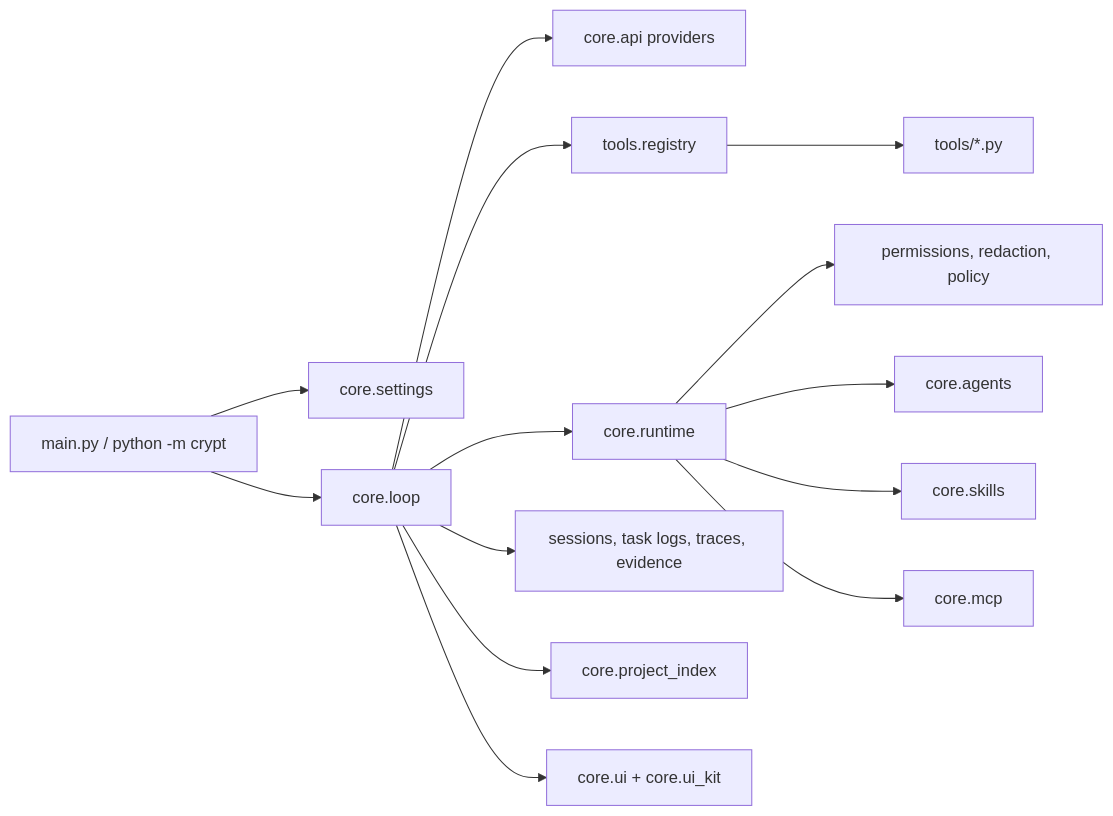
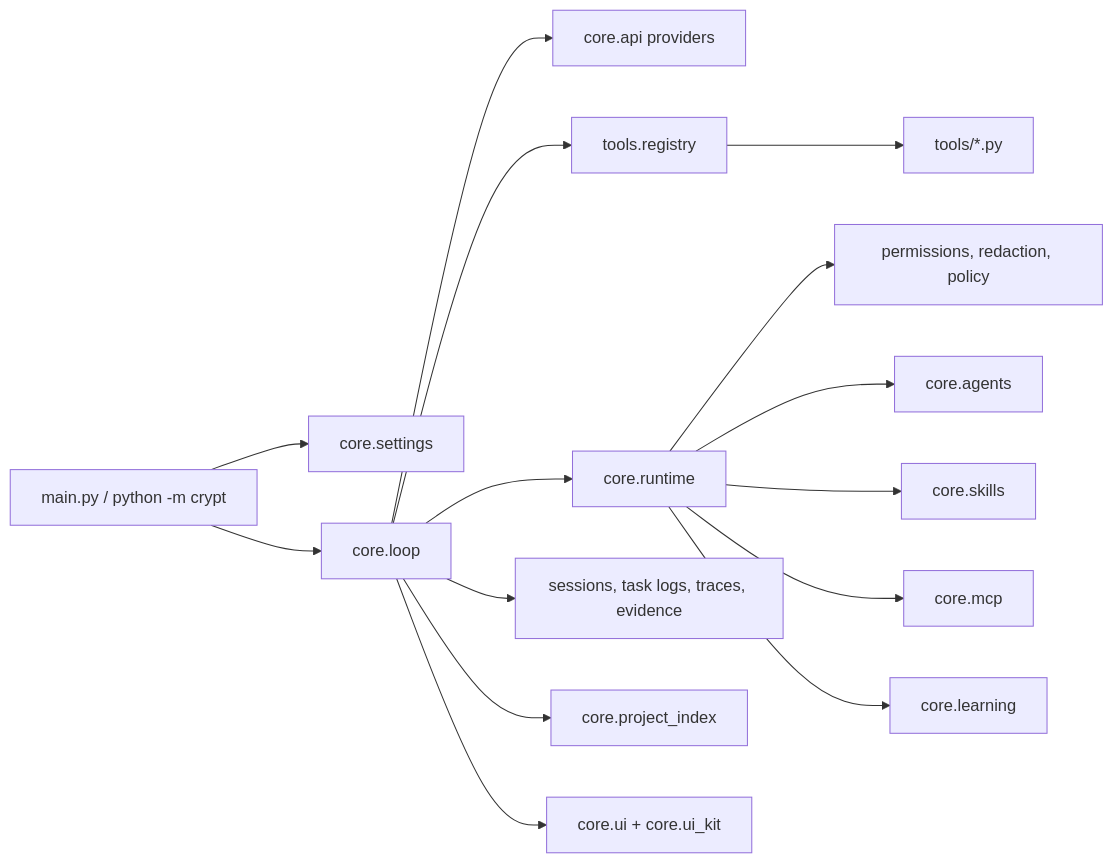
Before and after one commit to clout2buy/CryptCore: the diagram in docs/ARCHITECTURE.md, drawn with Mermaid. The commit also changed other lines of this file and 14 other files, not shown here.

Commit message:
Add structured runtime learning

````diff
--- a/docs/ARCHITECTURE.md
+++ b/docs/ARCHITECTURE.md
@@ -6,16 +6,17 @@
 ```mermaid
 flowchart LR
     CLI["main.py / python -m crypt"] --> Settings["core.settings"]
     CLI --> Loop["core.loop"]
     Loop --> Providers["core.api providers"]
     Loop --> Registry["tools.registry"]
     Registry --> Tools["tools/*.py"]
     Loop --> Runtime["core.runtime"]
     Runtime --> Safety["permissions, redaction, policy"]
     Runtime --> Agents["core.agents"]
     Runtime --> Skills["core.skills"]
     Runtime --> MCP["core.mcp"]
+    Runtime --> Learning["core.learning"]
     Loop --> Store["sessions, task logs, traces, evidence"]
     Loop --> Project["core.project_index"]
     Loop --> UI["core.ui + core.ui_kit"]
 ```
````
